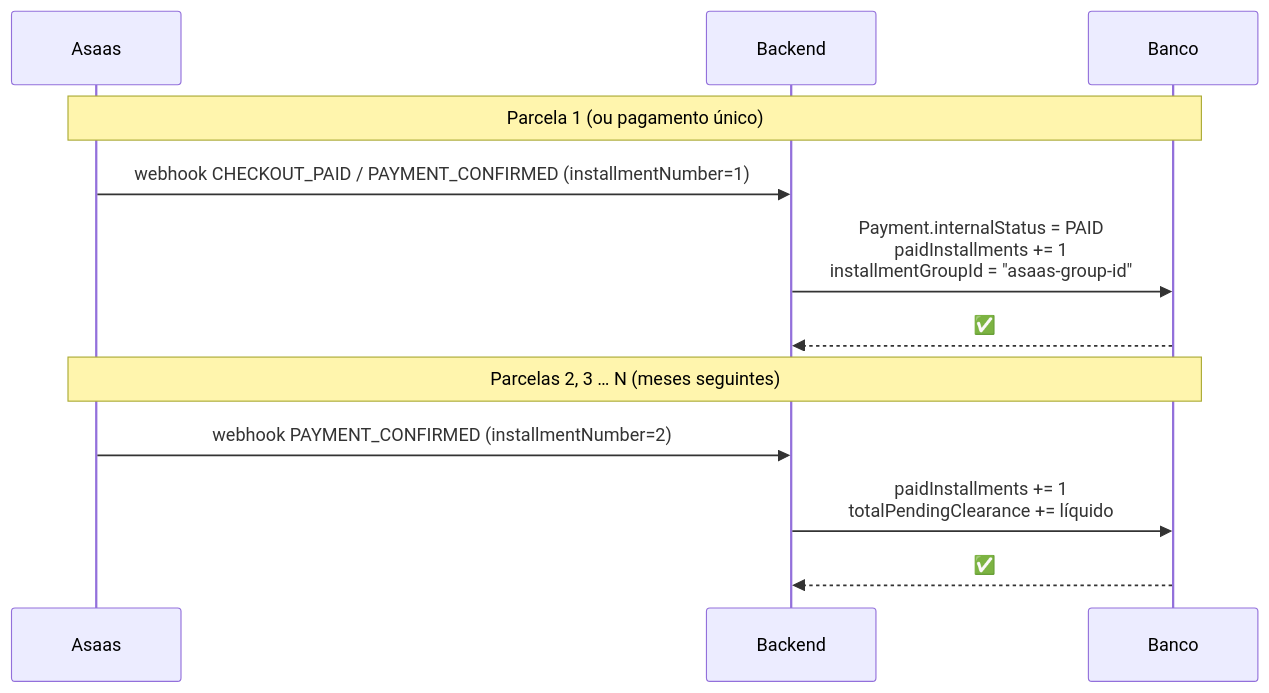
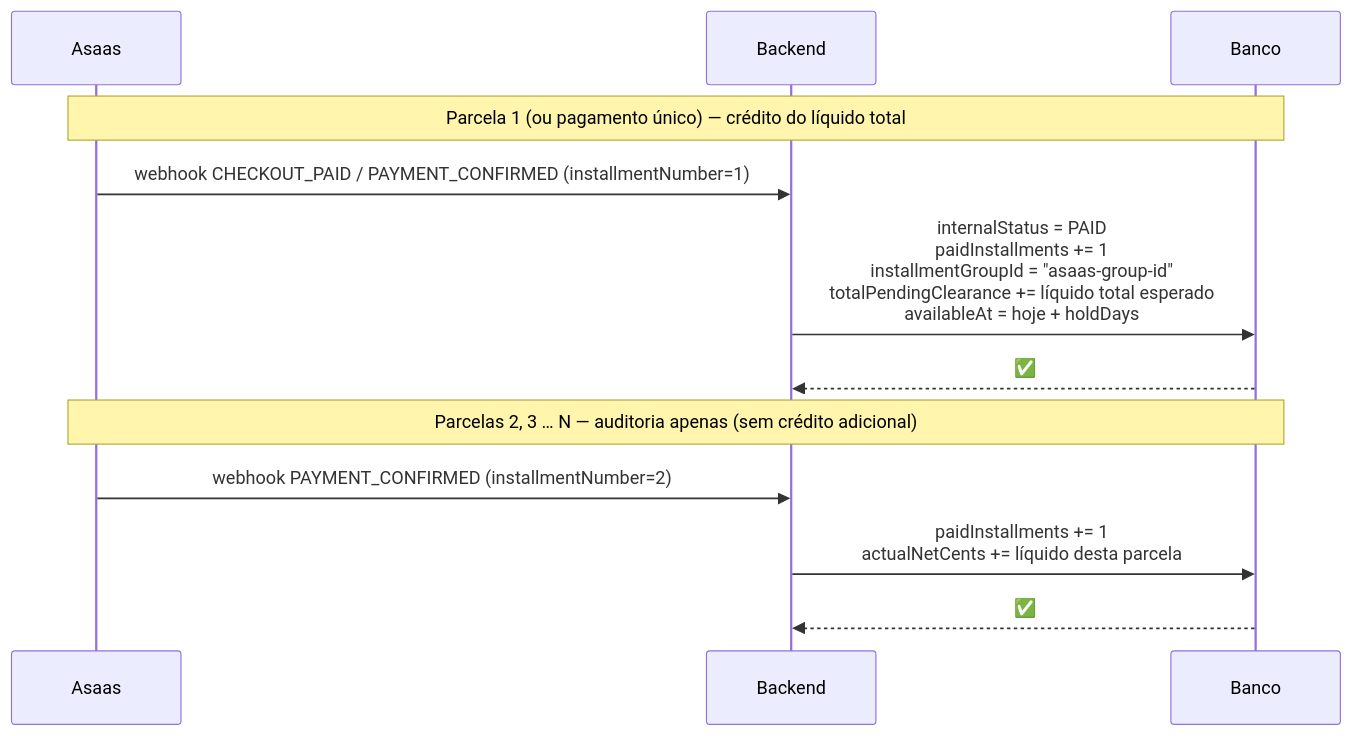
One commit to israelvcb/passogiro-mintlify-docs changed the sixth of 6 diagrams in sistema/fluxo-pagamento.mdx. Above: the diagram before and after it, drawn with Mermaid. The commit also changed other lines of this file and 1 other file, not shown here.

Commit message:
fix: atualizar descrições e cálculos de liquidação de pagamentos e parcelas

````diff
--- a/sistema/fluxo-pagamento.mdx
+++ b/sistema/fluxo-pagamento.mdx
@@ -273,16 +273,16 @@
 ```mermaid
 sequenceDiagram
   participant Asaas
   participant BE as Backend
   participant DB as Banco
 
-  Note over Asaas,DB: Parcela 1 (ou pagamento único)
+  Note over Asaas,DB: Parcela 1 (ou pagamento único) — crédito do líquido total
   Asaas->>BE: webhook CHECKOUT_PAID / PAYMENT_CONFIRMED (installmentNumber=1)
-  BE->>DB: Payment.internalStatus = PAID<br/>paidInstallments += 1<br/>installmentGroupId = "asaas-group-id"
+  BE->>DB: internalStatus = PAID<br/>paidInstallments += 1<br/>installmentGroupId = "asaas-group-id"<br/>totalPendingClearance += líquido total esperado<br/>availableAt = hoje + holdDays
   DB-->>BE: ✅
 
-  Note over Asaas,DB: Parcelas 2, 3 … N (meses seguintes)
+  Note over Asaas,DB: Parcelas 2, 3 … N — auditoria apenas (sem crédito adicional)
   Asaas->>BE: webhook PAYMENT_CONFIRMED (installmentNumber=2)
-  BE->>DB: paidInstallments += 1<br/>totalPendingClearance += líquido
+  BE->>DB: paidInstallments += 1<br/>actualNetCents += líquido desta parcela
   DB-->>BE: ✅
 ```
````
